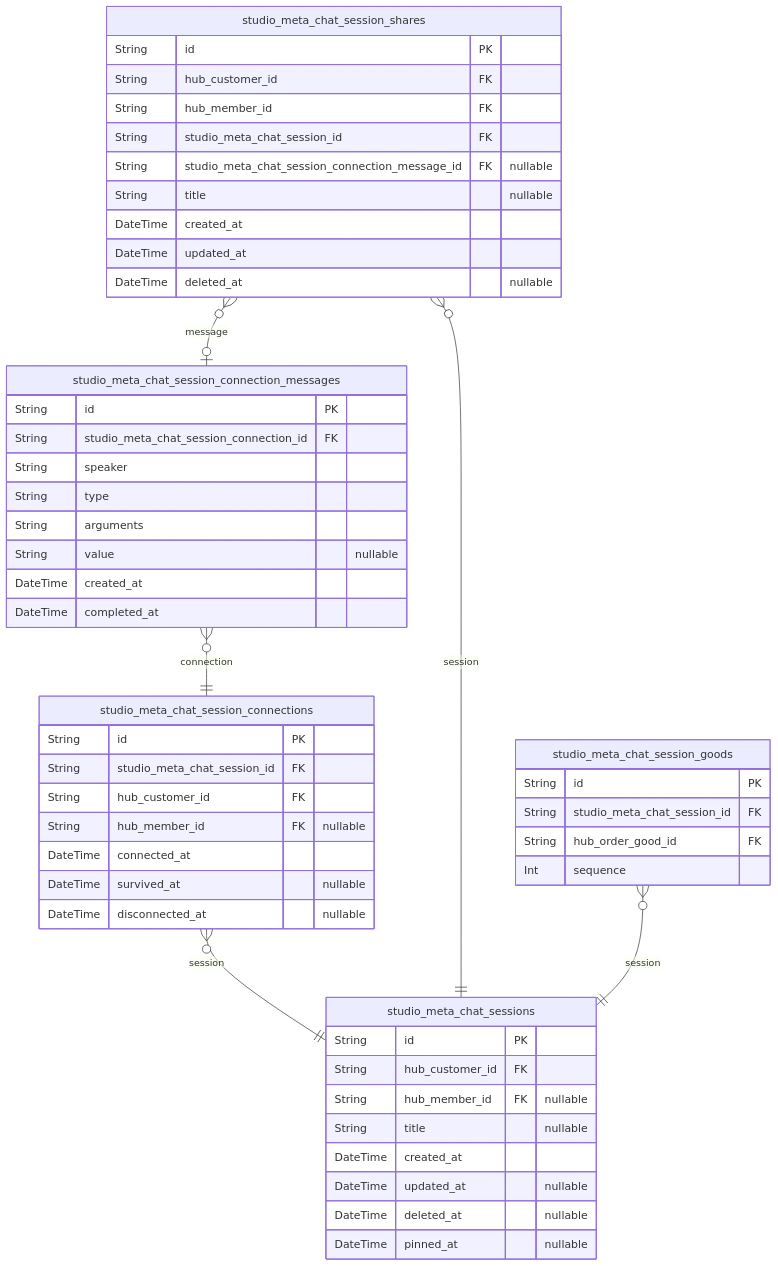
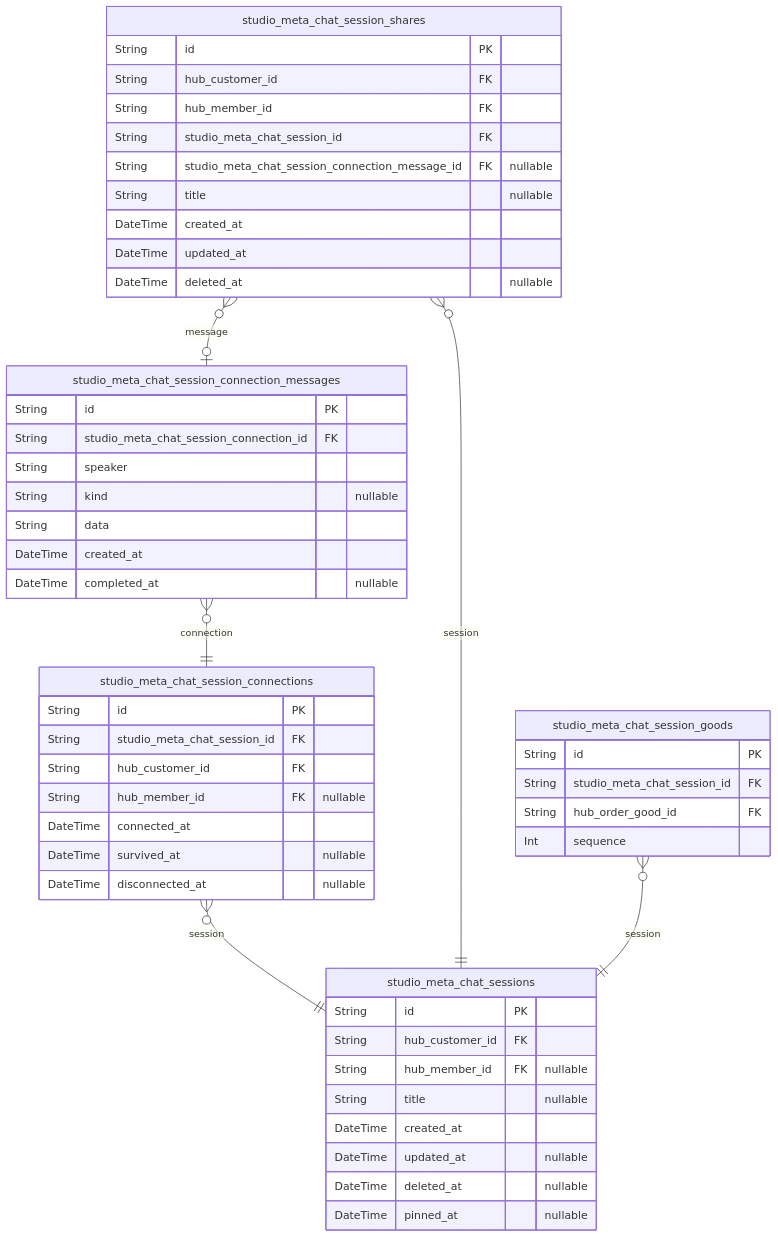
Before and after one commit to wrtnlabs/backend: diagram 14 of 16 in docs/ERD.md, drawn with Mermaid. The commit also changed other lines of this file and 1 other file, not shown here.

First line of the commit message:
Change sdk readme & erd (#82)

````diff
--- a/docs/ERD.md
+++ b/docs/ERD.md
@@ -3931,54 +4040,53 @@
 ```mermaid
 erDiagram
 "studio_meta_chat_sessions" {
   String id PK
   String hub_customer_id FK
   String hub_member_id FK "nullable"
   String title "nullable"
   DateTime created_at
   DateTime updated_at "nullable"
   DateTime deleted_at "nullable"
   DateTime pinned_at "nullable"
 }
 "studio_meta_chat_session_connections" {
   String id PK
   String studio_meta_chat_session_id FK
   String hub_customer_id FK
   String hub_member_id FK "nullable"
   DateTime connected_at
   DateTime survived_at "nullable"
   DateTime disconnected_at "nullable"
 }
 "studio_meta_chat_session_connection_messages" {
   String id PK
   String studio_meta_chat_session_connection_id FK
   String speaker
-  String type
-  String arguments
-  String value "nullable"
+  String kind "nullable"
+  String data
   DateTime created_at
-  DateTime completed_at
+  DateTime completed_at "nullable"
 }
 "studio_meta_chat_session_shares" {
   String id PK
   String hub_customer_id FK
   String hub_member_id FK
   String studio_meta_chat_session_id FK
   String studio_meta_chat_session_connection_message_id FK "nullable"
   String title "nullable"
   DateTime created_at
   DateTime updated_at
   DateTime deleted_at "nullable"
 }
 "studio_meta_chat_session_goods" {
   String id PK
   String studio_meta_chat_session_id FK
   String hub_order_good_id FK
   Int sequence
 }
 "studio_meta_chat_session_connections" }o--|| "studio_meta_chat_sessions" : session
 "studio_meta_chat_session_connection_messages" }o--|| "studio_meta_chat_session_connections" : connection
 "studio_meta_chat_session_shares" }o--|| "studio_meta_chat_sessions" : session
 "studio_meta_chat_session_shares" }o--o| "studio_meta_chat_session_connection_messages" : message
 "studio_meta_chat_session_goods" }o--|| "studio_meta_chat_sessions" : session
 ```
````
